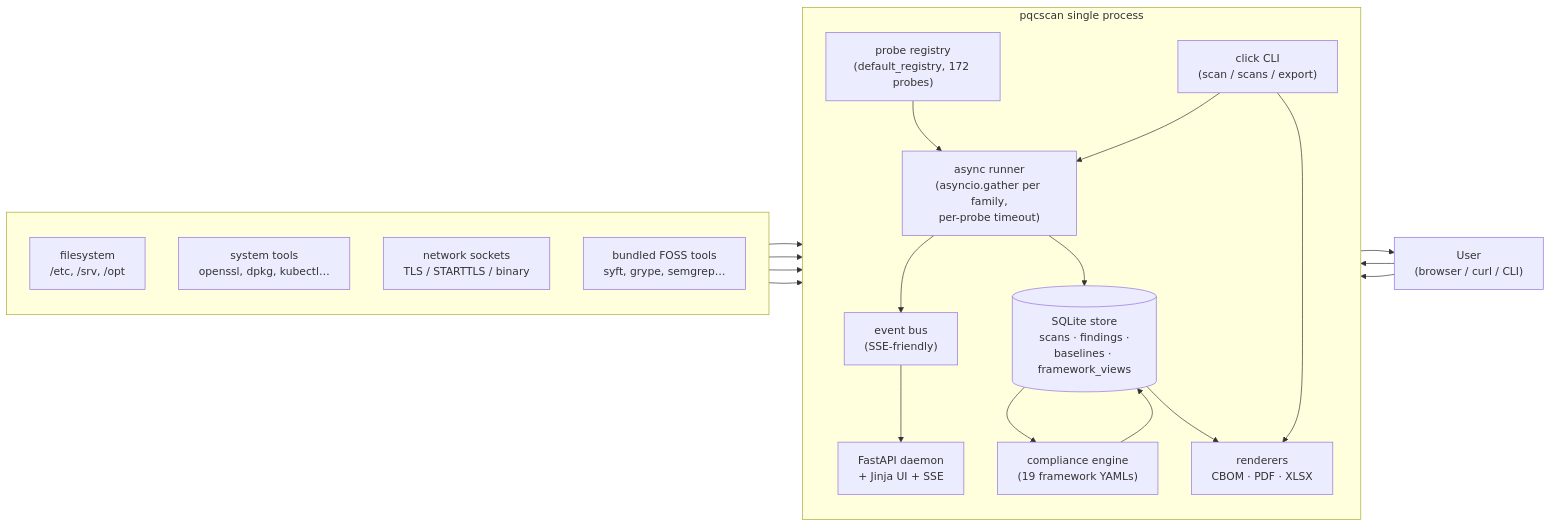
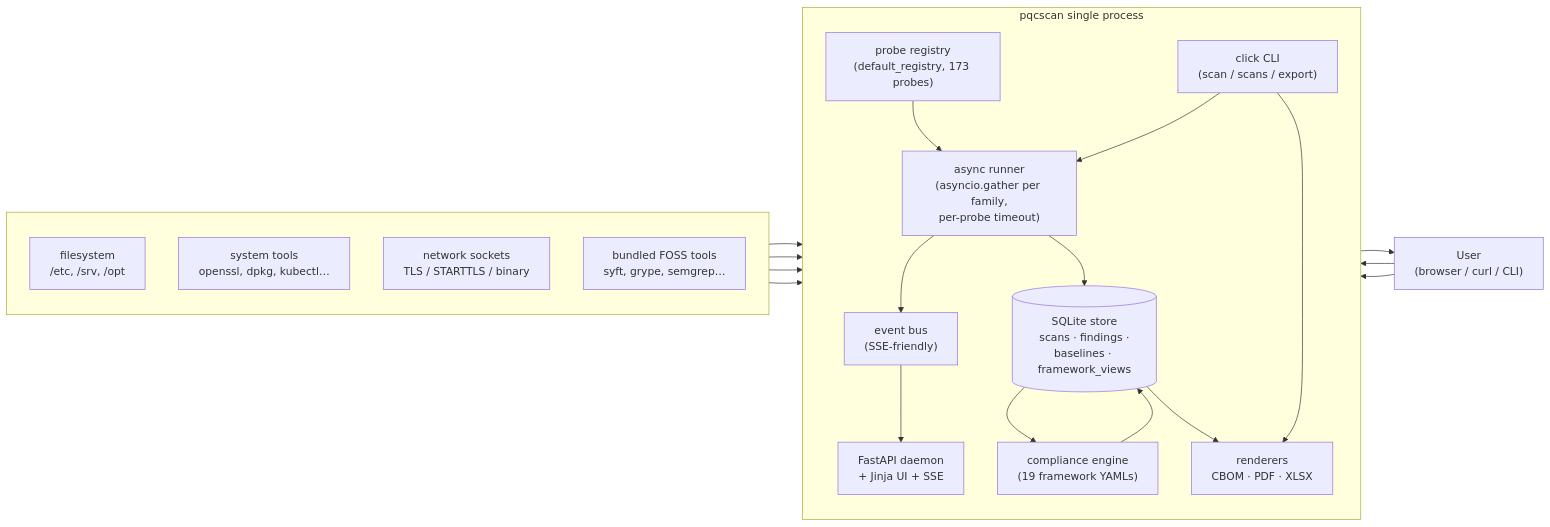
One commit to orengacademy/pqc-scanner2 changed the first of 8 diagrams in README.md. Above: the diagram before and after it, drawn with Mermaid. The commit also changed other lines of this file and 8 other files, not shown here.

````diff
--- a/README.md
+++ b/README.md
@@ -34,39 +34,39 @@
 ```mermaid
 flowchart LR
     subgraph host[" "]
         direction TB
         FS["filesystem<br/>/etc, /srv, /opt"]
         SYS["system tools<br/>openssl, dpkg, kubectl…"]
         NET["network sockets<br/>TLS / STARTTLS / binary"]
         FOSS["bundled FOSS tools<br/>syft, grype, semgrep…"]
     end
 
     subgraph proc["pqcscan single process"]
         direction TB
-        REG["probe registry<br/>(default_registry, 172 probes)"]
+        REG["probe registry<br/>(default_registry, 173 probes)"]
         RUN["async runner<br/>(asyncio.gather per family,<br/>per-probe timeout)"]
         BUS["event bus<br/>(SSE-friendly)"]
         REPO[("SQLite store<br/>scans · findings ·<br/>baselines · framework_views")]
         COMP["compliance engine<br/>(19 framework YAMLs)"]
         DAEMON["FastAPI daemon<br/>+ Jinja UI + SSE"]
         CLI["click CLI<br/>(scan / scans / export)"]
         REND["renderers<br/>CBOM · PDF · XLSX"]
     end
 
     USER["User<br/>(browser / curl / CLI)"]
 
     FS  --> RUN
     SYS --> RUN
     NET --> RUN
     FOSS --> RUN
     REG --> RUN
     RUN --> BUS --> DAEMON
     RUN --> REPO
     REPO --> COMP --> REPO
     REPO --> REND
     DAEMON --> USER
     CLI   --> RUN
     CLI   --> REND
     USER  --> DAEMON
     USER  --> CLI
 ```
````
